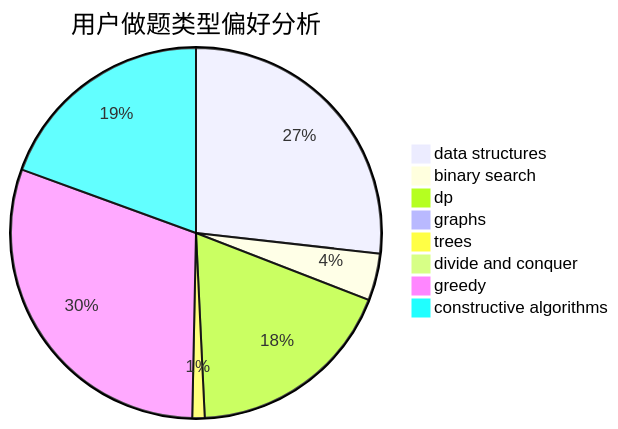
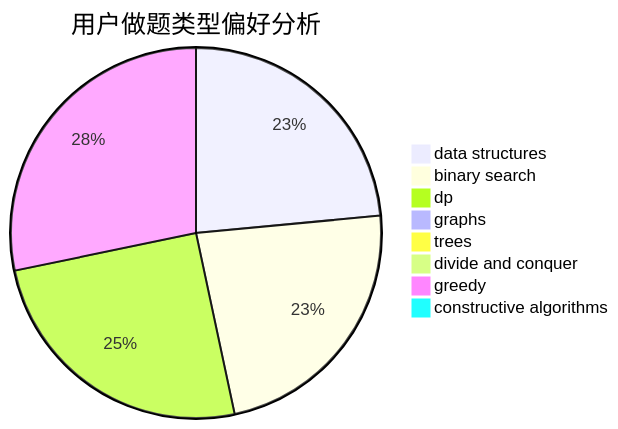
One commit to sherpahu/cfrs.github.io changed the second of 3 diagrams in docs/user/u555.md. Above: the diagram before and after it, drawn with Mermaid. The commit also changed other lines of this file and 2770 other files, not shown here.

````diff
--- a/docs/user/u555.md
+++ b/docs/user/u555.md
@@ -23,11 +23,11 @@
 ```mermaid
 pie title 用户做题类型偏好分析
-    "data structures" :  124
-    "binary search" :  19
-    "dp" :  85
-    "graphs" :  2
+    "data structures" :  400
+    "binary search" :  394
+    "dp" :  427
+    "graphs" :  13
     "trees" :  5
     "divide and conquer" :  0
-    "greedy" :  140
-    "constructive algorithms" :  90
+    "greedy" :  481
+    "constructive algorithms" :  2
 ```
````
